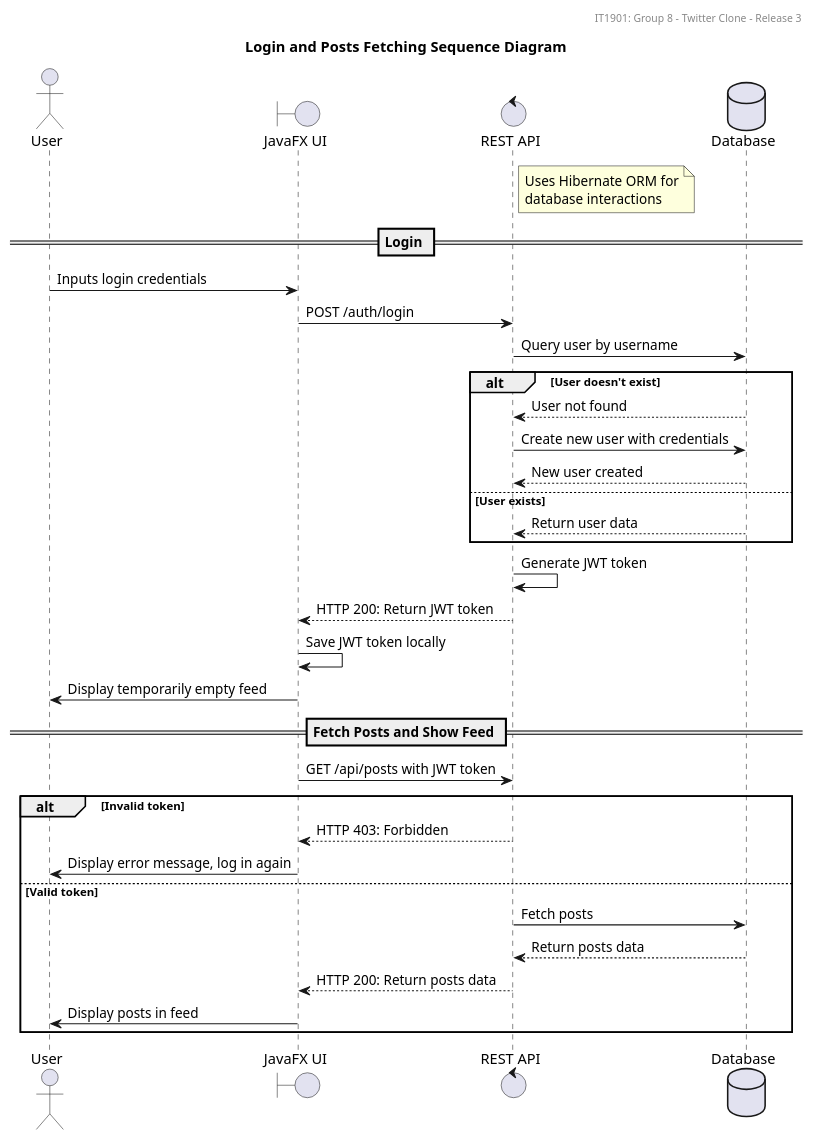
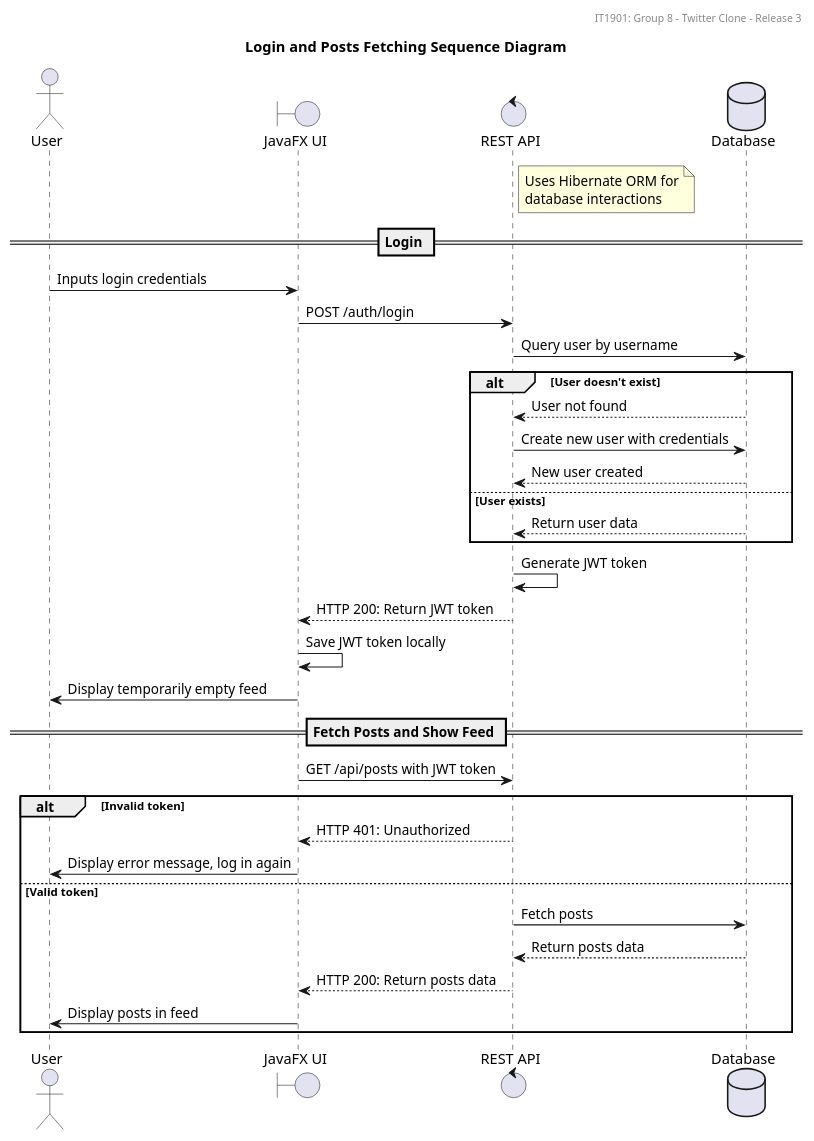
One commit to ZeroWave022/twitter-clone changed the diagram in docs/release3/sequence-diagram.puml. Above: the diagram before and after it, drawn with PlantUML.

Commit message:
fix: update http status in diagram

```diff
--- a/docs/release3/sequence-diagram.puml
+++ b/docs/release3/sequence-diagram.puml
@@ -1,47 +1,47 @@
 @startuml sequenceDiagram
 title Login and Posts Fetching Sequence Diagram
 header IT1901: Group 8 - Twitter Clone - Release 3
 
 actor User as User order 1
 boundary "JavaFX UI" as UI order 2
 control "REST API" as API order 3
 database "Database" as DB order 4
 
 note right of API
 Uses Hibernate ORM for
 database interactions
 end note
 
 == Login ==
 
 User -> UI: Inputs login credentials
 UI -> API: POST /auth/login
 API -> DB: Query user by username
 
 alt User doesn't exist
     DB --> API: User not found
     API -> DB: Create new user with credentials
     DB --> API: New user created
 else User exists
     DB --> API: Return user data
 end
 
 API -> API: Generate JWT token
 API --> UI: HTTP 200: Return JWT token
 UI -> UI: Save JWT token locally
 UI -> User: Display temporarily empty feed
 
 == Fetch Posts and Show Feed ==
 
 UI -> API: GET /api/posts with JWT token
 alt Invalid token
-    API --> UI: HTTP 403: Forbidden
+    API --> UI: HTTP 401: Unauthorized
     UI -> User: Display error message, log in again
 else Valid token
     API -> DB: Fetch posts
     DB --> API: Return posts data
     API --> UI: HTTP 200: Return posts data
     UI -> User: Display posts in feed
 end
 
 @enduml
```
